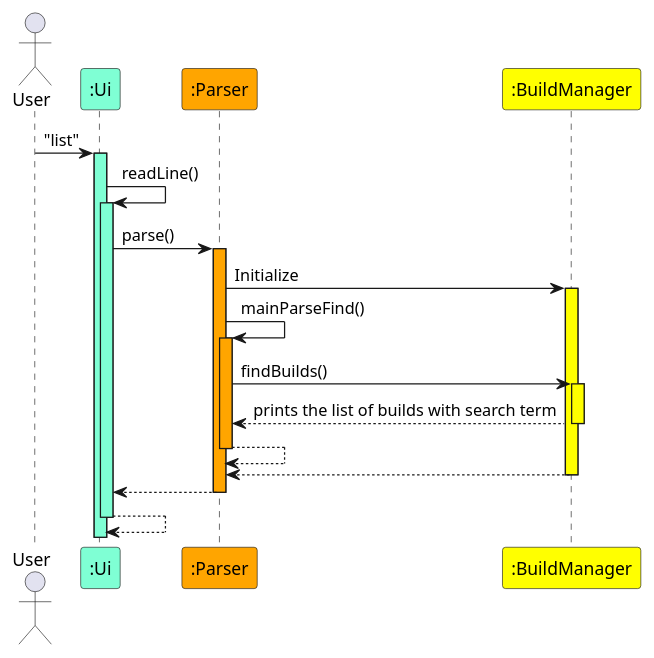
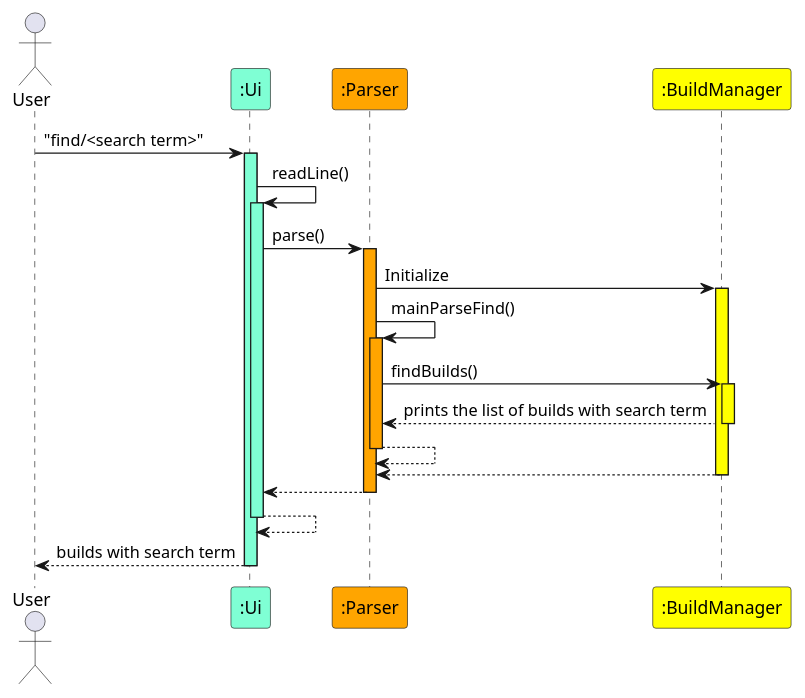
One commit to nus-cs2113-AY2223S1/tp changed the diagram in docs/puml/BuildManagerFindSequence.puml. Above: the diagram before and after it, drawn with PlantUML. The commit also changed 22 other files, not shown here.

```diff
--- a/docs/puml/BuildManagerFindSequence.puml
+++ b/docs/puml/BuildManagerFindSequence.puml
@@ -1,28 +1,30 @@
 @startuml
 
 actor User
 Participant ":Ui" as Ui #AquaMarine
 Participant ":Parser" as Parser #Orange
 Participant ":BuildManager" as BuildManager #Yellow
 
-User -> Ui ++ #AquaMarine : "list"
+User -> Ui ++ #AquaMarine : "find/<search term>"
 
 Ui -> Ui ++ #AquaMarine : readLine()
 
 Ui -> Parser ++ #Orange : parse()
 
 Parser -> BuildManager ++ #Yellow : Initialize
 
 Parser -> Parser ++ #Orange : mainParseFind()
 
 Parser -> BuildManager ++ #Yellow : findBuilds()
 return prints the list of builds with search term
 
 return
 
 return
 
 return
 
 return
+
+return builds with search term
 @enduml
```
